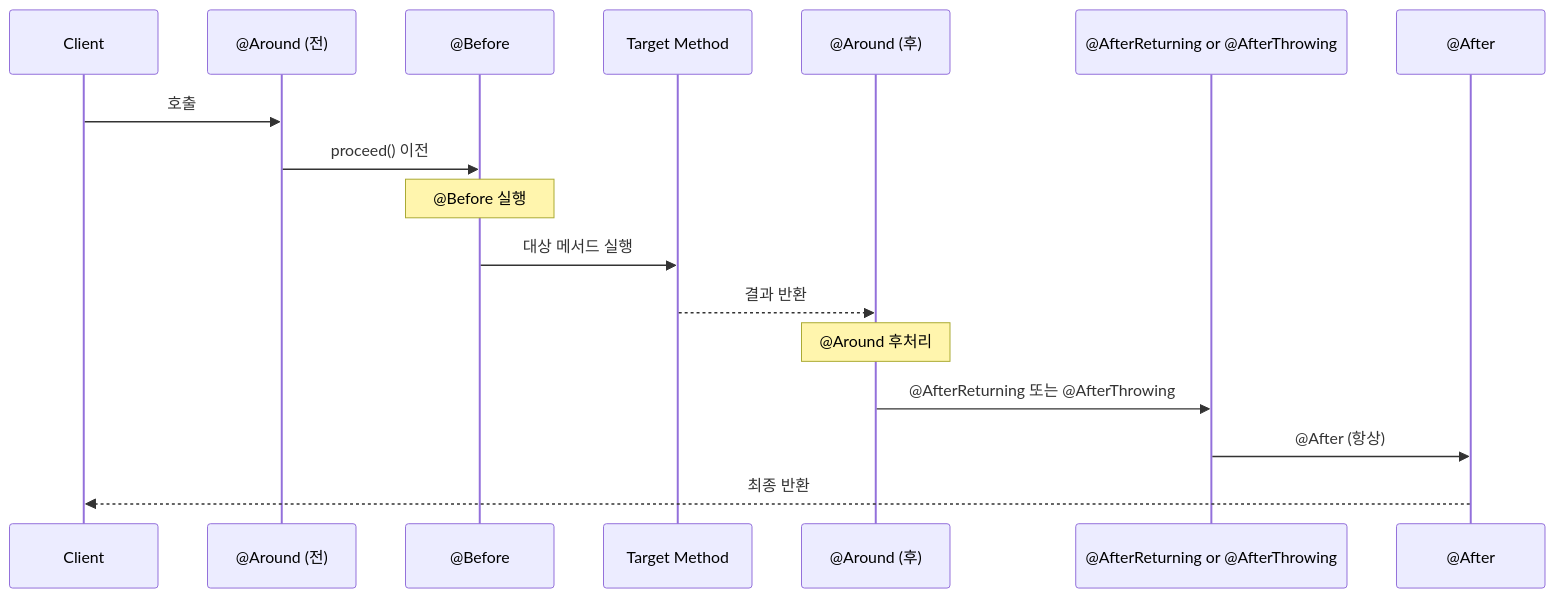
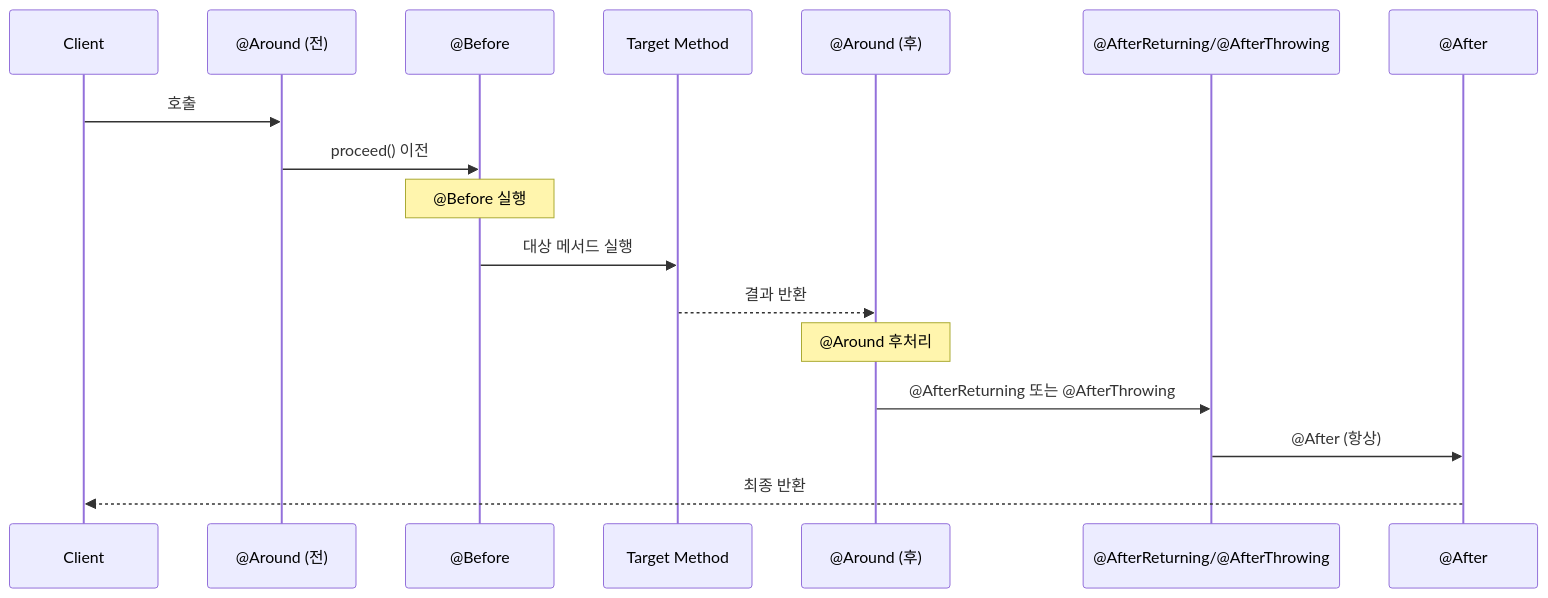
The sixth of 11 diagrams in _posts/spring/2026-05-02-spring-core-advanced.md (yjkim2015/yjkim2015.github.io), drawn with Mermaid before and after one commit. The commit also changed other lines of this file and 92 other files, not shown here.

First line of the commit message:
Major quality rewrite: 98 files, Mermaid fix, extreme-scenario component

````diff
--- a/_posts/spring/2026-05-02-spring-core-advanced.md
+++ b/_posts/spring/2026-05-02-spring-core-advanced.md
@@ -422,20 +400,20 @@
 ```mermaid
 sequenceDiagram
     participant C as Client
     participant AR as @Around (전)
     participant B as @Before
     participant T as Target Method
     participant ARF as @Around (후)
-    participant AF as @AfterReturning or @AfterThrowing
+    participant AF as @AfterReturning/@AfterThrowing
     participant A as @After
 
     C->>AR: 호출
     AR->>B: proceed() 이전
     Note over B: @Before 실행
     B->>T: 대상 메서드 실행
     T-->>ARF: 결과 반환
     Note over ARF: @Around 후처리
     ARF->>AF: @AfterReturning 또는 @AfterThrowing
     AF->>A: @After (항상)
     A-->>C: 최종 반환
 ```
````
